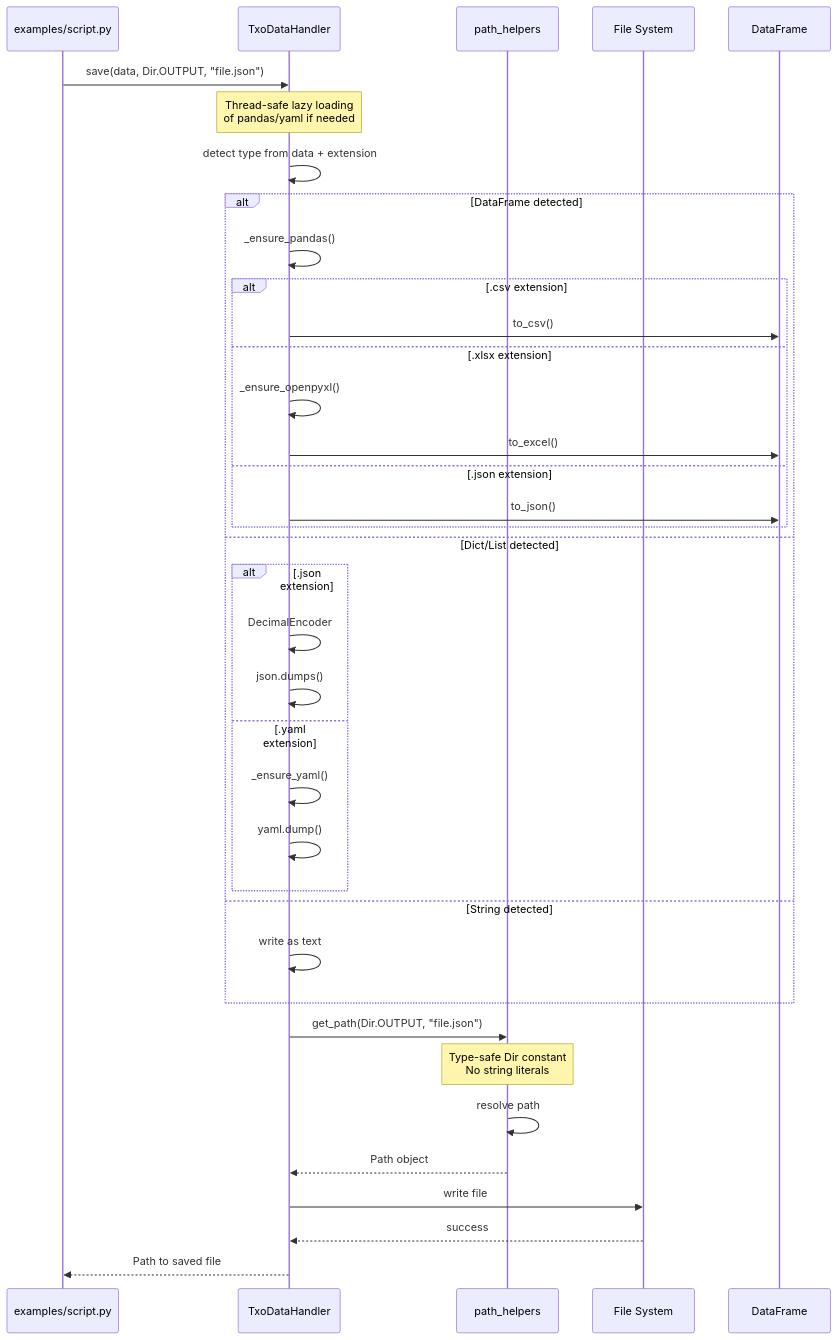
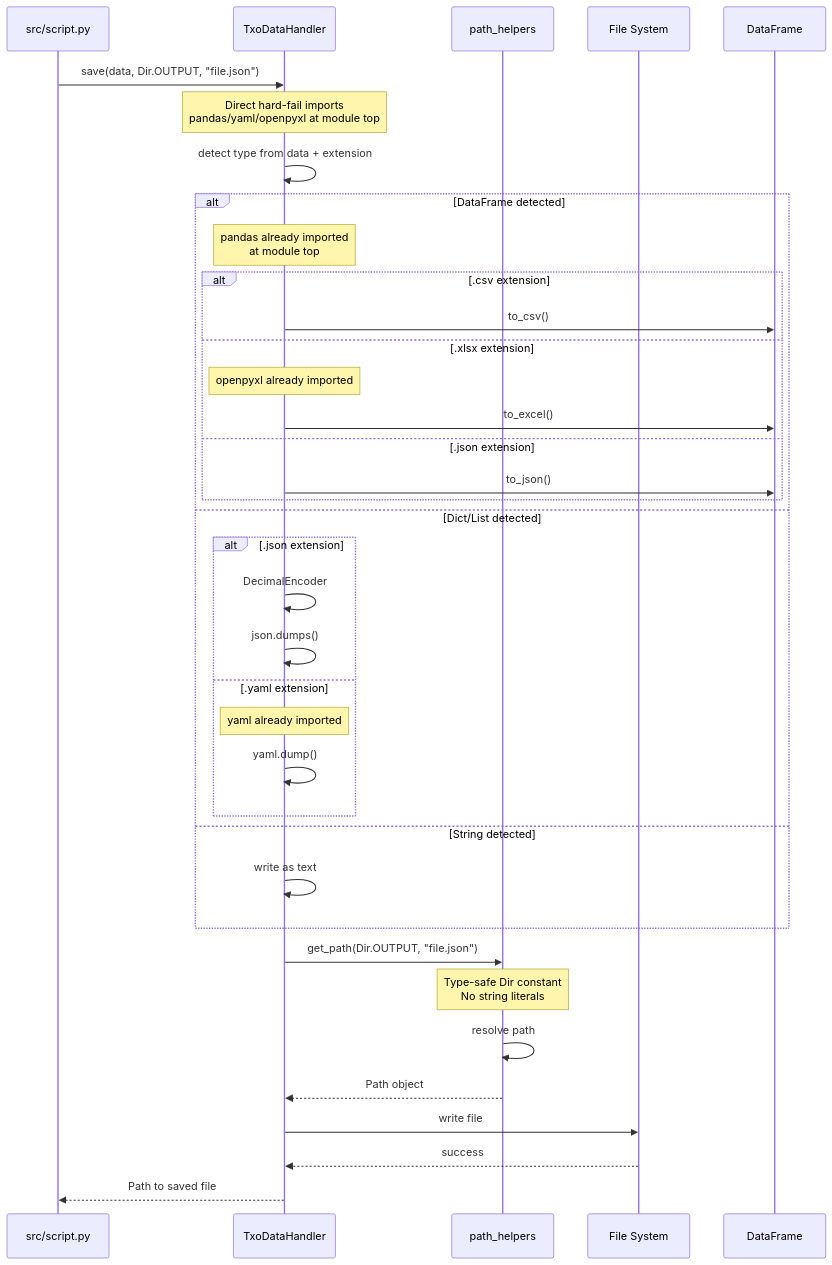
One commit to tentixo/txo-python-template changed the fourth of 4 diagrams in module-dependency-diagram.md. Above: the diagram before and after it, drawn with Mermaid. The commit also changed other lines of this file and 43 other files, not shown here.

````diff
--- a/module-dependency-diagram.md
+++ b/module-dependency-diagram.md
@@ -325,46 +264,46 @@
 ```mermaid
 sequenceDiagram
-    participant Script as examples/script.py
+    participant Script as src/script.py
     participant DataHandler as TxoDataHandler
     participant PathHelper as path_helpers
     participant FileSystem as File System
 
     Script->>DataHandler: save(data, Dir.OUTPUT, "file.json")
-    
-    Note over DataHandler: Thread-safe lazy loading<br/>of pandas/yaml if needed
-    
+
+    Note over DataHandler: Direct hard-fail imports<br/>pandas/yaml/openpyxl at module top
+
     DataHandler->>DataHandler: detect type from data + extension
-    
+
     alt DataFrame detected
-        DataHandler->>DataHandler: _ensure_pandas()
+        Note over DataHandler: pandas already imported<br/>at module top
         alt .csv extension
             DataHandler->>DataFrame: to_csv()
         else .xlsx extension
-            DataHandler->>DataHandler: _ensure_openpyxl()
+            Note over DataHandler: openpyxl already imported
             DataHandler->>DataFrame: to_excel()
         else .json extension
             DataHandler->>DataFrame: to_json()
         end
     else Dict/List detected
         alt .json extension
             DataHandler->>DataHandler: DecimalEncoder
             DataHandler->>DataHandler: json.dumps()
         else .yaml extension
-            DataHandler->>DataHandler: _ensure_yaml()
+            Note over DataHandler: yaml already imported
             DataHandler->>DataHandler: yaml.dump()
         end
     else String detected
         DataHandler->>DataHandler: write as text
     end
-    
+
     DataHandler->>PathHelper: get_path(Dir.OUTPUT, "file.json")
-    
+
     Note over PathHelper: Type-safe Dir constant<br/>No string literals
-    
+
     PathHelper->>PathHelper: resolve path
     PathHelper-->>DataHandler: Path object
-    
+
     DataHandler->>FileSystem: write file
     FileSystem-->>DataHandler: success
     DataHandler-->>Script: Path to saved file
 ```
````
